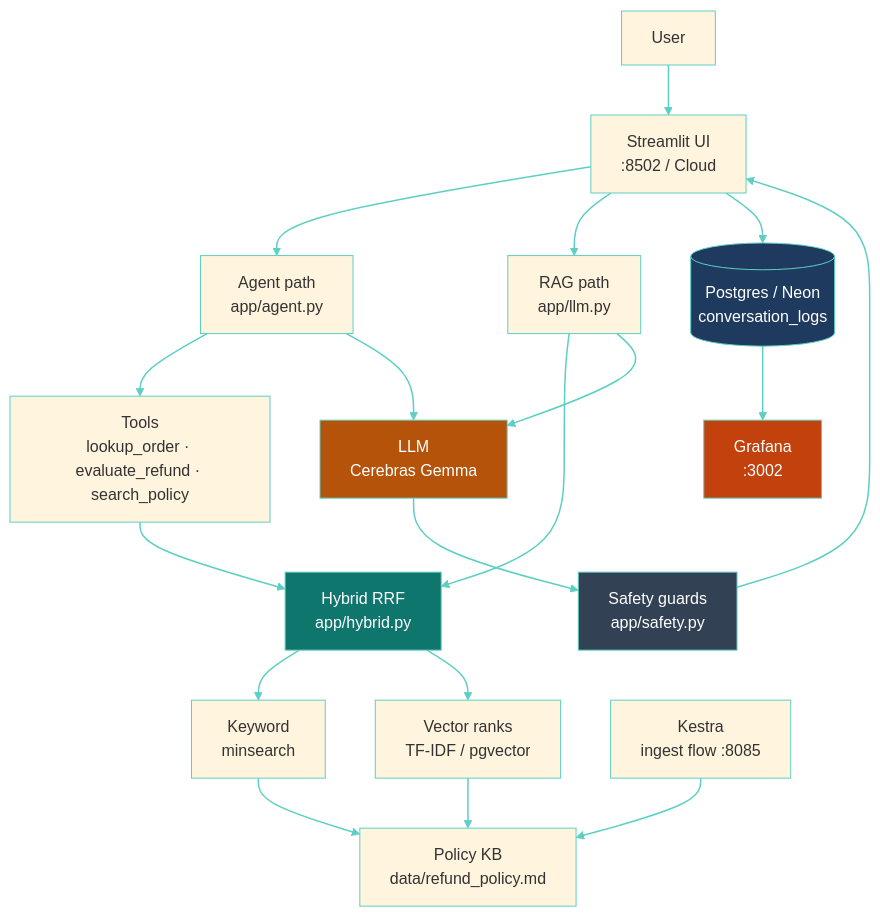
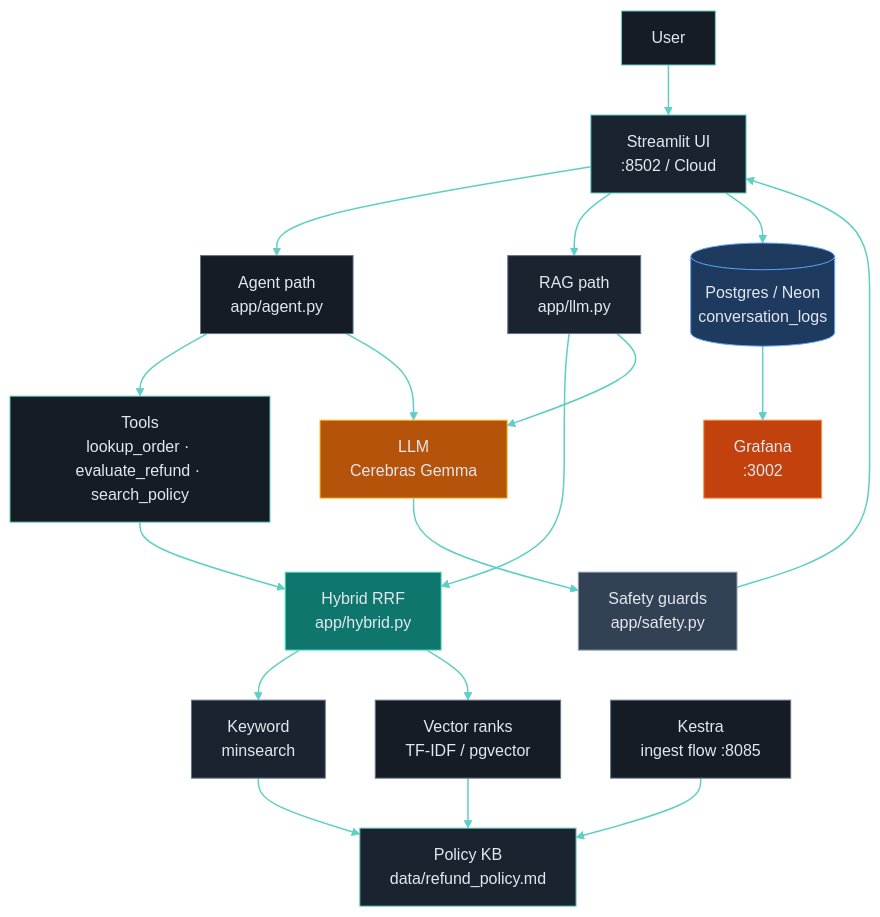
Before and after one commit to zakard114/policy-refund-agent: the diagram in README.md, drawn with Mermaid.

Commit message:
Color Mermaid architecture nodes for dark README.

````diff
--- a/README.md
+++ b/README.md
@@ -148,44 +148,53 @@
 ```mermaid
 %%{init: {"theme":"base","themeVariables":{"lineColor":"#5ecfc4","primaryBorderColor":"#5ecfc4"}}}%%
 flowchart TD
     User["User"]
     ST["Streamlit UI<br/>:8502 / Cloud"]
     Agent["Agent path<br/>app/agent.py"]
     RAG["RAG path<br/>app/llm.py"]
     Tools["Tools<br/>lookup_order · evaluate_refund · search_policy"]
     Hybrid["Hybrid RRF<br/>app/hybrid.py"]
     KW["Keyword<br/>minsearch"]
     Vec["Vector ranks<br/>TF-IDF / pgvector"]
     Policy["Policy KB<br/>data/refund_policy.md"]
     LLM["LLM<br/>Cerebras Gemma"]
     Safety["Safety guards<br/>app/safety.py"]
     PG[("Postgres / Neon<br/>conversation_logs")]
     GF["Grafana<br/>:3002"]
     Kestra["Kestra<br/>ingest flow :8085"]
 
     User --> ST
     ST --> Agent
     ST --> RAG
     Agent --> Tools
     Tools --> Hybrid
     RAG --> Hybrid
     Hybrid --> KW
     Hybrid --> Vec
     KW --> Policy
     Vec --> Policy
     Agent --> LLM
     RAG --> LLM
     LLM --> Safety
     Safety --> ST
     ST --> PG
     PG --> GF
     Kestra --> Policy
 
     linkStyle default stroke:#5ecfc4,stroke-width:1.5px
 
-    style Hybrid fill:#0f766e,color:#fff
-    style LLM fill:#b45309,color:#fff
-    style PG fill:#1e3a5f,color:#fff
-    style GF fill:#c2410c,color:#fff
-    style Safety fill:#334155,color:#fff
+    style User fill:#151c24,color:#e2e8f0,stroke:#5ecfc4
+    style ST fill:#1a2430,color:#e2e8f0,stroke:#5ecfc4
+    style Agent fill:#151c24,color:#e2e8f0,stroke:#64748b
+    style RAG fill:#1a2430,color:#e2e8f0,stroke:#64748b
+    style Tools fill:#151c24,color:#e2e8f0,stroke:#5ecfc4
+    style Hybrid fill:#0f766e,color:#e2e8f0,stroke:#5eead4
+    style KW fill:#1a2430,color:#e2e8f0,stroke:#64748b
+    style Vec fill:#151c24,color:#e2e8f0,stroke:#64748b
+    style Policy fill:#1a2430,color:#e2e8f0,stroke:#5ecfc4
+    style LLM fill:#b45309,color:#e2e8f0,stroke:#fbbf24
+    style Safety fill:#334155,color:#e2e8f0,stroke:#94a3b8
+    style PG fill:#1e3a5f,color:#e2e8f0,stroke:#60a5fa
+    style GF fill:#c2410c,color:#e2e8f0,stroke:#fb923c
+    style Kestra fill:#151c24,color:#e2e8f0,stroke:#64748b
 ```
````
